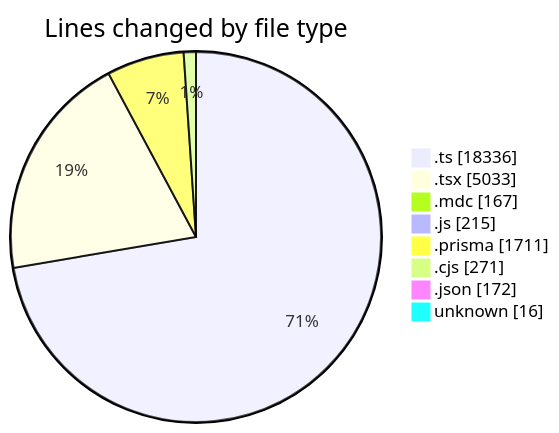
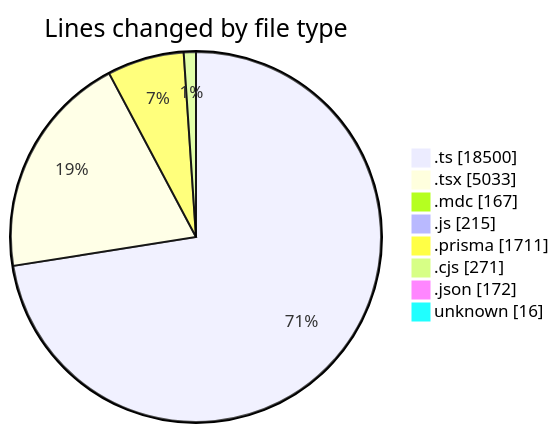
Before and after one commit to CELIANVF/code-tracking: the first of 2 diagrams in 2025-06-06/ecodeli-1/README.md, drawn with Mermaid. The commit also changed other lines of this file and 1 other file, not shown here.

````diff
--- a/2025-06-06/ecodeli-1/README.md
+++ b/2025-06-06/ecodeli-1/README.md
@@ -93,12 +95,12 @@
 ```mermaid
 pie showData
 title Lines changed by file type
-".ts" : 18336
+".ts" : 18500
 ".tsx" : 5033
 ".mdc" : 167
 ".js" : 215
 ".prisma" : 1711
 ".cjs" : 271
 ".json" : 172
 "unknown" : 16
 ```
````
